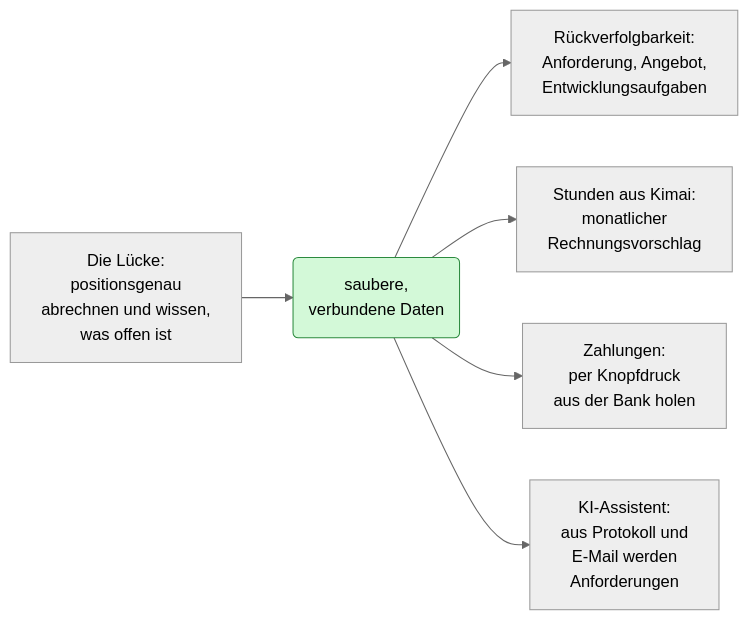
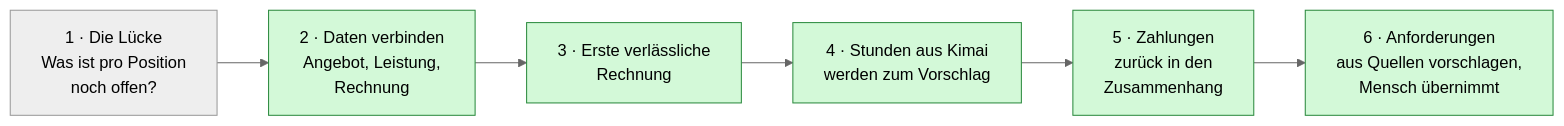
The diagram in assets/article_images/2026-10-06-alles-in-git/weg.mmd (sw-code/sw-code.github.io), drawn with Mermaid (neutral theme) before and after one commit. The commit also changed 5 other files, not shown here.

```diff
--- a/assets/article_images/2026-10-06-alles-in-git/weg.mmd
+++ b/assets/article_images/2026-10-06-alles-in-git/weg.mmd
@@ -1,21 +1,18 @@
 graph LR
-  L["`Die Lücke:
-  positionsgenau
-  abrechnen und wissen,
-  was offen ist`"] --> DATA("`saubere,
-  verbundene Daten`")
-  DATA --> T["`Rückverfolgbarkeit:
-  Anforderung, Angebot,
-  Entwicklungsaufgaben`"]
-  DATA --> S["`Stunden aus Kimai:
-  monatlicher
-  Rechnungsvorschlag`"]
-  DATA --> Z["`Zahlungen:
-  per Knopfdruck
-  aus der Bank holen`"]
-  DATA --> KI["`KI-Assistent:
-  aus Protokoll und
-  E-Mail werden
-  Anforderungen`"]
+  GAP["`1 · Die Lücke
+  Was ist pro Position
+  noch offen?`"] --> DATA["`2 · Daten verbinden
+  Angebot, Leistung,
+  Rechnung`"]
+  DATA --> BILL["`3 · Erste verlässliche
+  Rechnung`"]
+  BILL --> HOURS["`4 · Stunden aus Kimai
+  werden zum Vorschlag`"]
+  HOURS --> PAY["`5 · Zahlungen
+  zurück in den
+  Zusammenhang`"]
+  PAY --> REQ["`6 · Anforderungen
+  aus Quellen vorschlagen,
+  Mensch übernimmt`"]
   classDef git fill:#d3f9d8,stroke:#2b8a3e
-  class DATA git
+  class DATA,BILL,HOURS,PAY,REQ git
```
